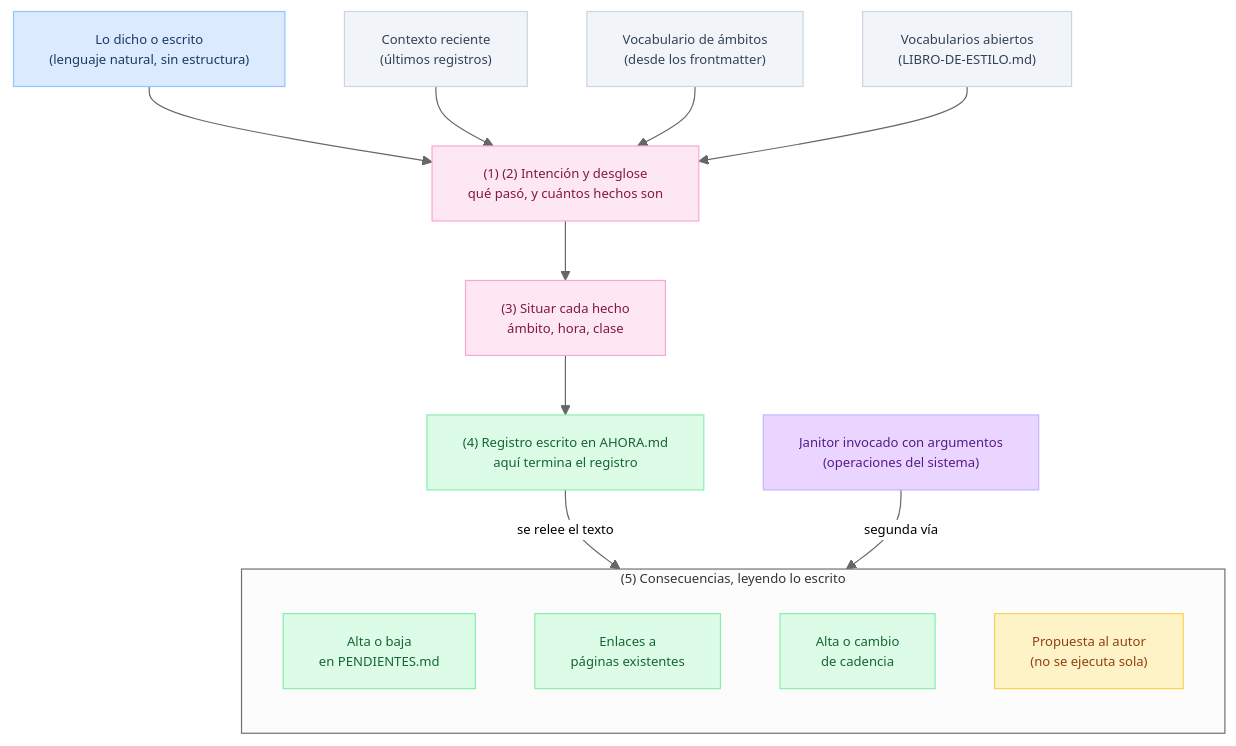
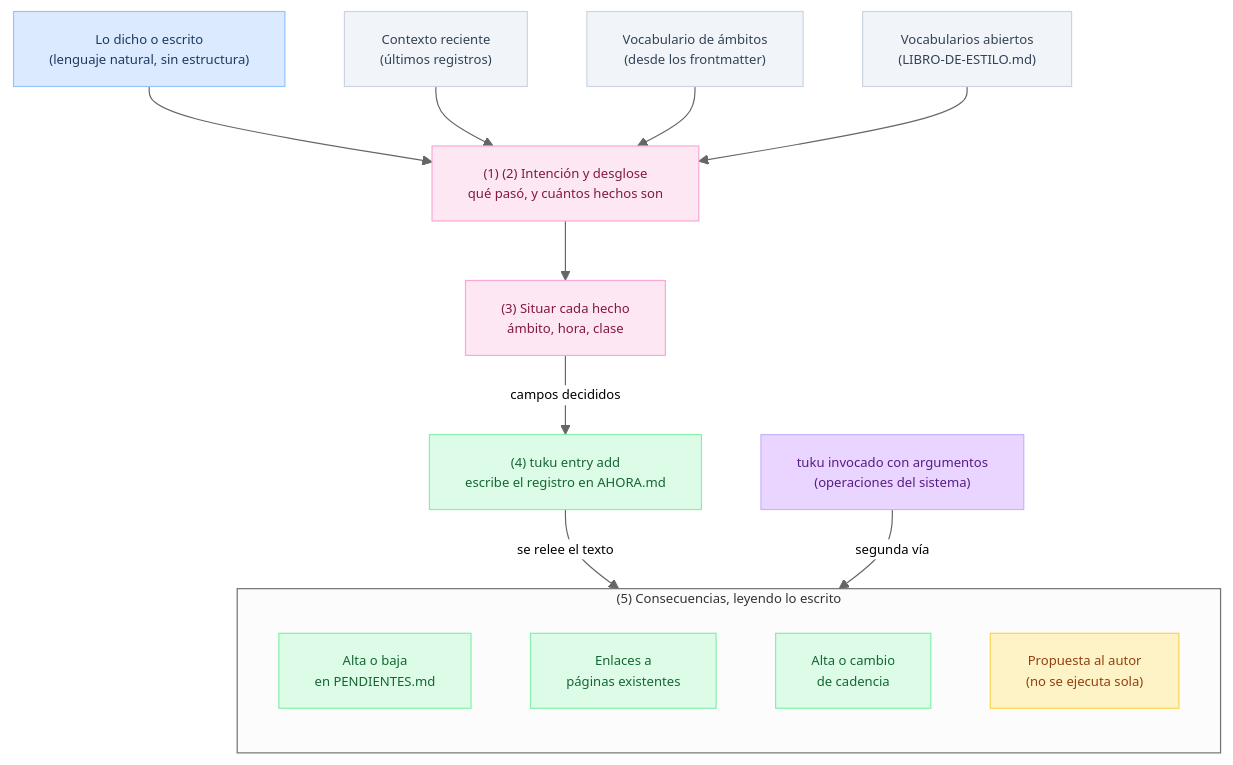
One commit to pewma-ai/tuku changed the diagram in spec/flujo-informacion.md. Above: the diagram before and after it, drawn with Mermaid. The commit also changed other lines of this file and 124 other files, not shown here.

````diff
--- a/spec/flujo-informacion.md
+++ b/spec/flujo-informacion.md
@@ -42,42 +53,42 @@
 ```mermaid
 %%{init: {'flowchart': {'useMaxWidth': true}, 'theme': 'neutral', 'themeVariables': {'fontSize': '11px'}}}%%
 flowchart TD
     E["Lo dicho o escrito<br/>(lenguaje natural, sin estructura)"]
     CTX["Contexto reciente<br/>(últimos registros)"]
     VOC["Vocabulario de ámbitos<br/>(desde los frontmatter)"]
     LE["Vocabularios abiertos<br/>(LIBRO-DE-ESTILO.md)"]
     I["(1) (2) Intención y desglose<br/>qué pasó, y cuántos hechos son"]
     S["(3) Situar cada hecho<br/>ámbito, hora, clase"]
-    ENT["(4) Registro escrito en AHORA.md<br/>aquí termina el registro"]
-    J["Janitor invocado con argumentos<br/>(operaciones del sistema)"]
+    ENT["(4) tuku entry add<br/>escribe el registro en AHORA.md"]
+    J["tuku invocado con argumentos<br/>(operaciones del sistema)"]
 
     subgraph CONS["(5) Consecuencias, leyendo lo escrito"]
         direction TB
         K1["Alta o baja<br/>en PENDIENTES.md"]
         K2["Enlaces a<br/>páginas existentes"]
         K4["Alta o cambio<br/>de cadencia"]
         K3["Propuesta al autor<br/>(no se ejecuta sola)"]
     end
 
     E --> I
     CTX --> I
     VOC --> I
     LE --> I
     I --> S
-    S --> ENT
+    S -->|"campos decididos"| ENT
     ENT -->|"se relee el texto"| CONS
     J -->|"segunda vía"| CONS
 
     style E fill:#dbeafe,color:#1e3a5f,stroke:#93c5fd
     style CTX fill:#f1f5f9,color:#334155,stroke:#cbd5e1
     style VOC fill:#f1f5f9,color:#334155,stroke:#cbd5e1
     style LE fill:#f1f5f9,color:#334155,stroke:#cbd5e1
     style I fill:#fce7f3,color:#831843,stroke:#f9a8d4
     style S fill:#fce7f3,color:#831843,stroke:#f9a8d4
     style ENT fill:#dcfce7,color:#166534,stroke:#86efac
     style J fill:#e9d5ff,color:#581c87,stroke:#c4b5fd
     style K1 fill:#dcfce7,color:#166534,stroke:#86efac
     style K2 fill:#dcfce7,color:#166534,stroke:#86efac
     style K4 fill:#dcfce7,color:#166534,stroke:#86efac
     style K3 fill:#fef3c7,color:#92400e,stroke:#fcd34d
 ```
````
